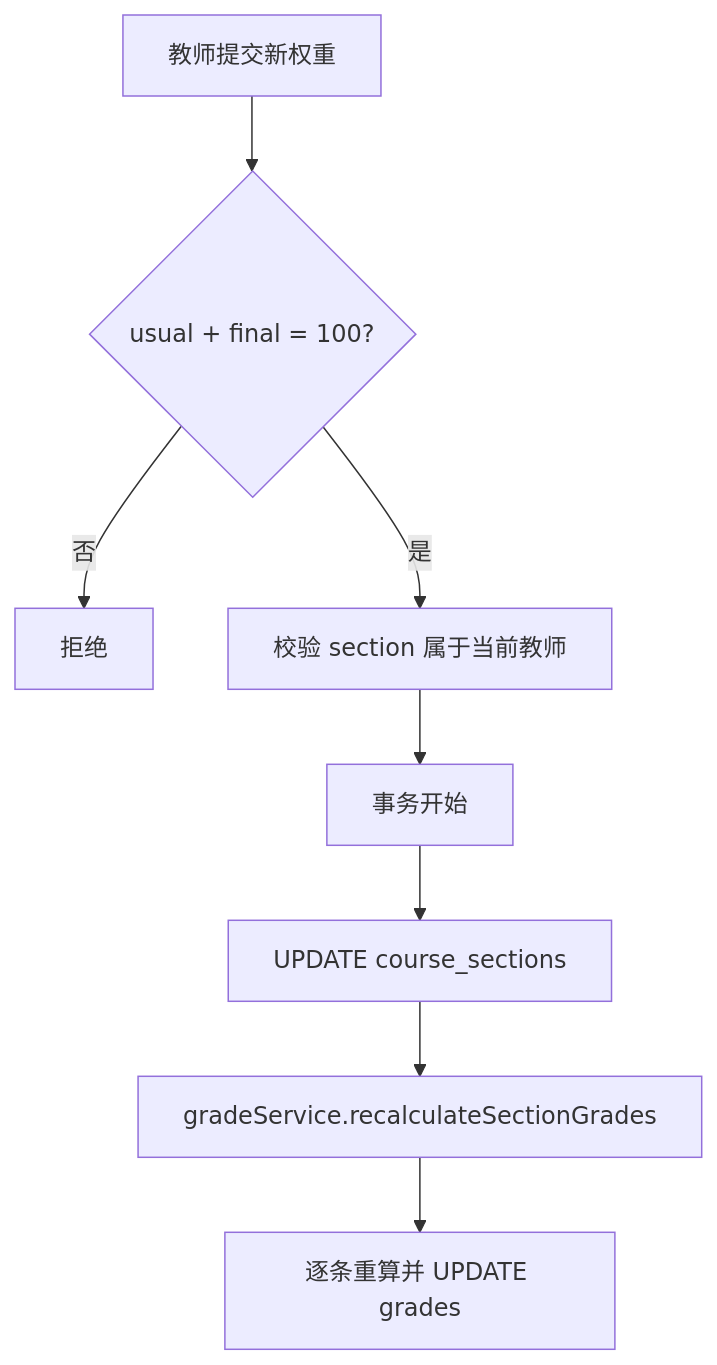
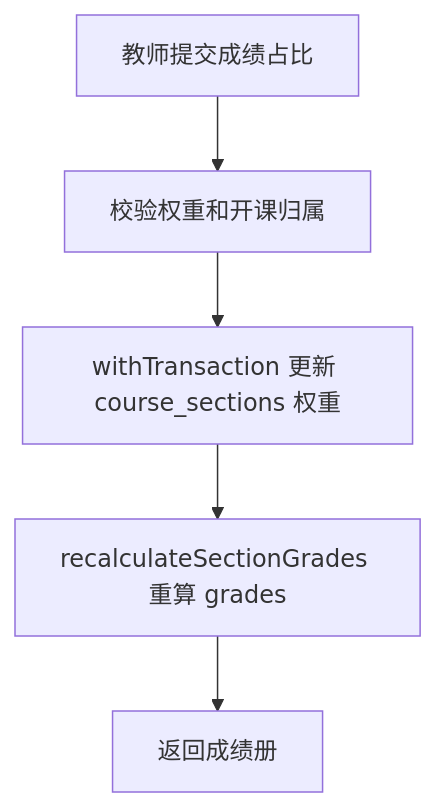
Diagram 13 of 29 in docs/系统设计说明.md (llkww/jiaoxue), drawn with Mermaid before and after one commit. The commit also changed other lines of this file and 1 other file, not shown here.

````diff
--- a/docs/系统设计说明.md
+++ b/docs/系统设计说明.md
@@ -777,10 +758,7 @@
 ```mermaid
 flowchart TD
-  A[教师提交新权重] --> B{usual + final = 100?}
-  B -- 否 --> C[拒绝]
-  B -- 是 --> D[校验 section 属于当前教师]
-  D --> E[事务开始]
-  E --> F[UPDATE course_sections]
-  F --> G[gradeService.recalculateSectionGrades]
-  G --> H[逐条重算并 UPDATE grades]
+  A[教师提交成绩占比] --> B[校验权重和开课归属]
+  B --> C[withTransaction 更新 course_sections 权重]
+  C --> D[recalculateSectionGrades 重算 grades]
+  D --> E[返回成绩册]
 ```
````
